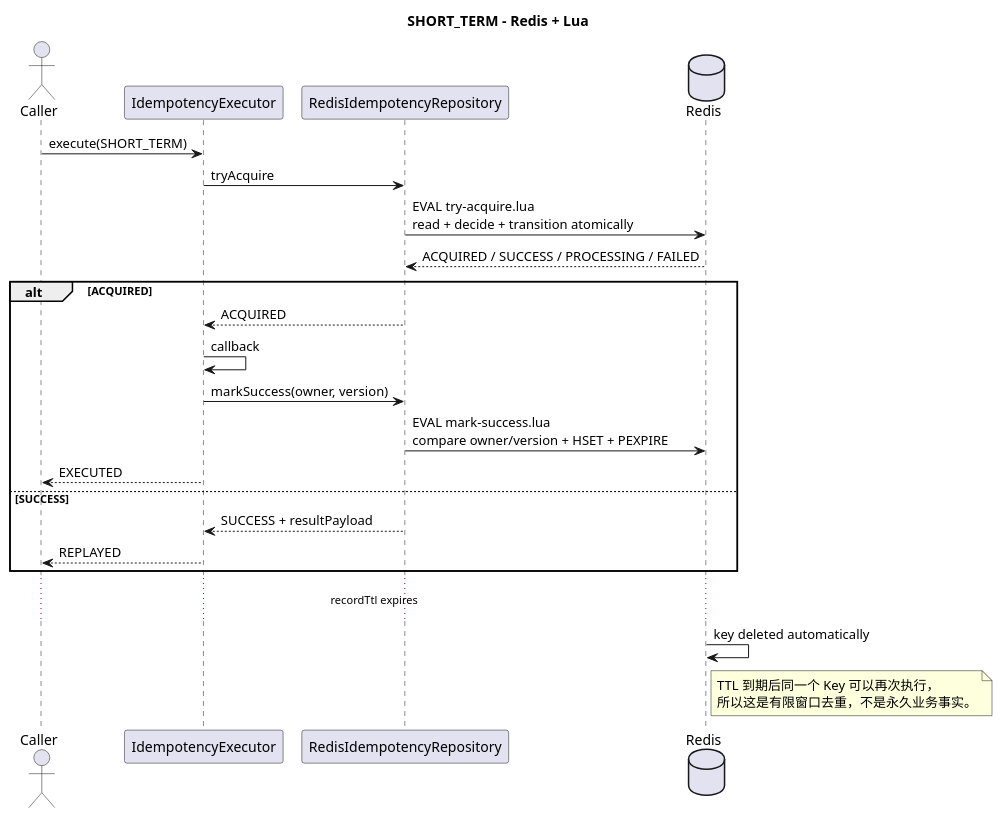
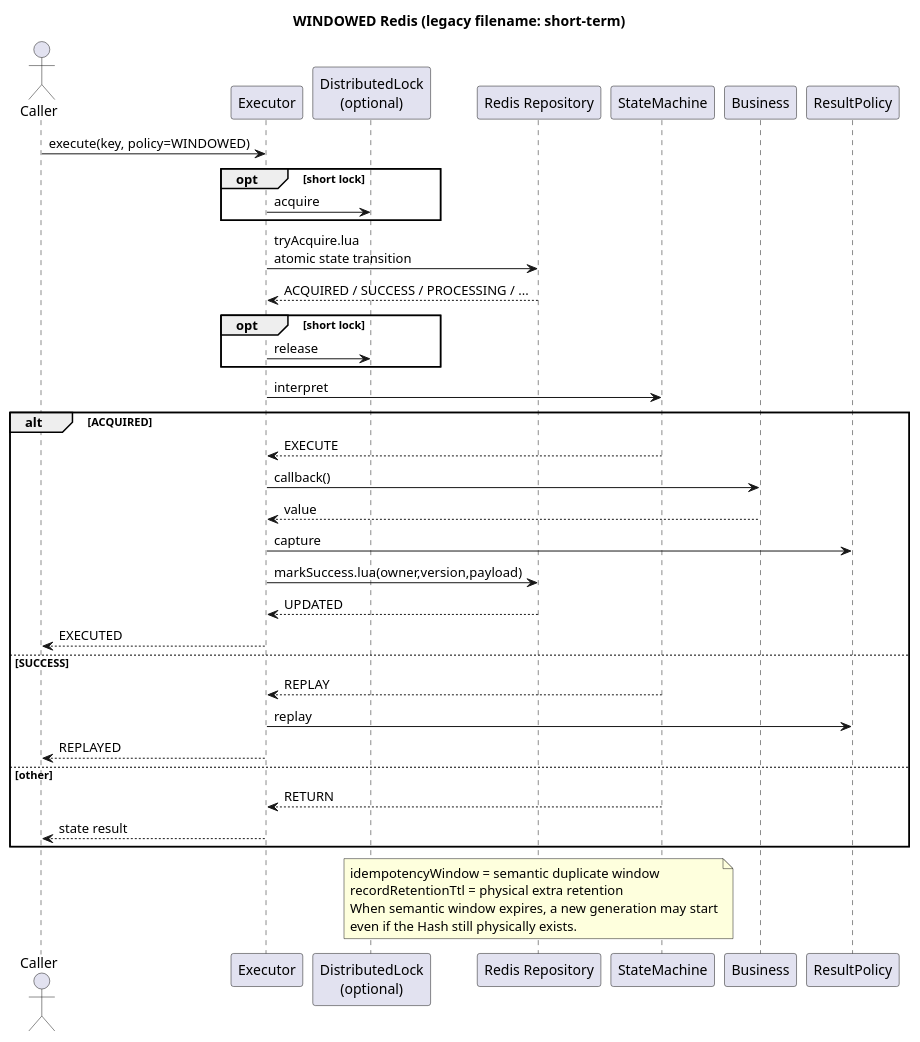
Before and after one commit to pbxjtumse/cola-web-standard: the diagram in component/idempotent-component/docs/diagrams/sequence/L2-short-term-redis.puml, drawn with PlantUML. The commit also changed 201 other files, not shown here.

```diff
--- a/component/idempotent-component/docs/diagrams/sequence/L2-short-term-redis.puml
+++ b/component/idempotent-component/docs/diagrams/sequence/L2-short-term-redis.puml
@@ -1,33 +1,46 @@
 @startuml
-skinparam shadowing false
-title SHORT_TERM - Redis + Lua
+title WINDOWED Redis (legacy filename: short-term)
 
 actor Caller
-participant IdempotencyExecutor as Executor
-participant RedisIdempotencyRepository as Repo
-database Redis
+participant Executor
+participant "DistributedLock\n(optional)" as Lock
+participant "Redis Repository" as Redis
+participant StateMachine
+participant Business
+participant ResultPolicy
 
-Caller -> Executor : execute(SHORT_TERM)
-Executor -> Repo : tryAcquire
-Repo -> Redis : EVAL try-acquire.lua\nread + decide + transition atomically
-Redis --> Repo : ACQUIRED / SUCCESS / PROCESSING / FAILED
+Caller -> Executor : execute(key, policy=WINDOWED)
+opt short lock
+  Executor -> Lock : acquire
+end
+Executor -> Redis : tryAcquire.lua\natomic state transition
+Redis --> Executor : ACQUIRED / SUCCESS / PROCESSING / ...
+opt short lock
+  Executor -> Lock : release
+end
+Executor -> StateMachine : interpret
 
 alt ACQUIRED
-  Repo --> Executor : ACQUIRED
-  Executor -> Executor : callback
-  Executor -> Repo : markSuccess(owner, version)
-  Repo -> Redis : EVAL mark-success.lua\ncompare owner/version + HSET + PEXPIRE
+  StateMachine --> Executor : EXECUTE
+  Executor -> Business : callback()
+  Business --> Executor : value
+  Executor -> ResultPolicy : capture
+  Executor -> Redis : markSuccess.lua(owner,version,payload)
+  Redis --> Executor : UPDATED
   Executor --> Caller : EXECUTED
 else SUCCESS
-  Repo --> Executor : SUCCESS + resultPayload
+  StateMachine --> Executor : REPLAY
+  Executor -> ResultPolicy : replay
   Executor --> Caller : REPLAYED
+else other
+  StateMachine --> Executor : RETURN
+  Executor --> Caller : state result
 end
 
-... recordTtl expires ...
-Redis -> Redis : key deleted automatically
-
-note right of Redis
-TTL 到期后同一个 Key 可以再次执行，
-所以这是有限窗口去重，不是永久业务事实。
+note over Redis
+idempotencyWindow = semantic duplicate window
+recordRetentionTtl = physical extra retention
+When semantic window expires, a new generation may start
+even if the Hash still physically exists.
 end note
 @enduml
```
